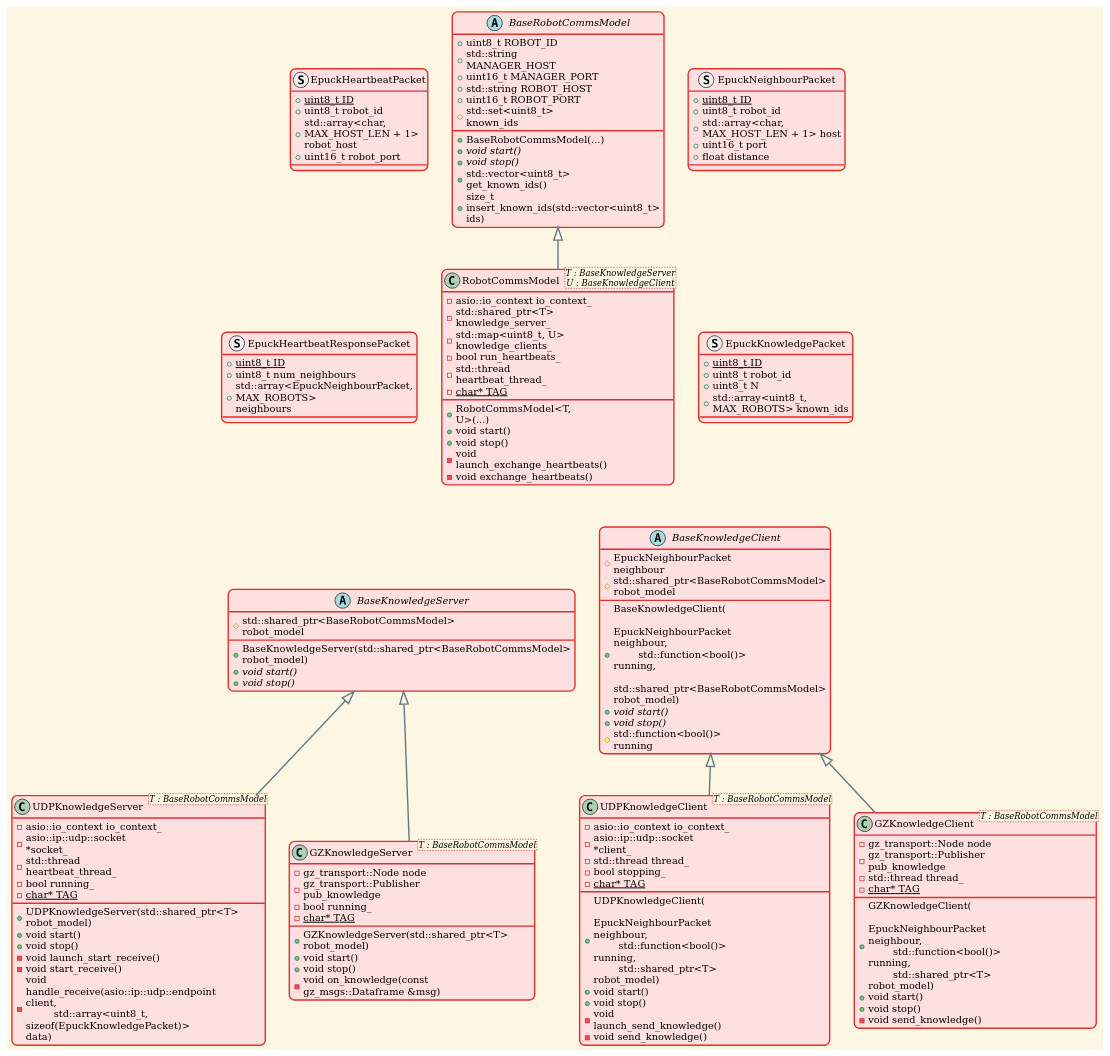
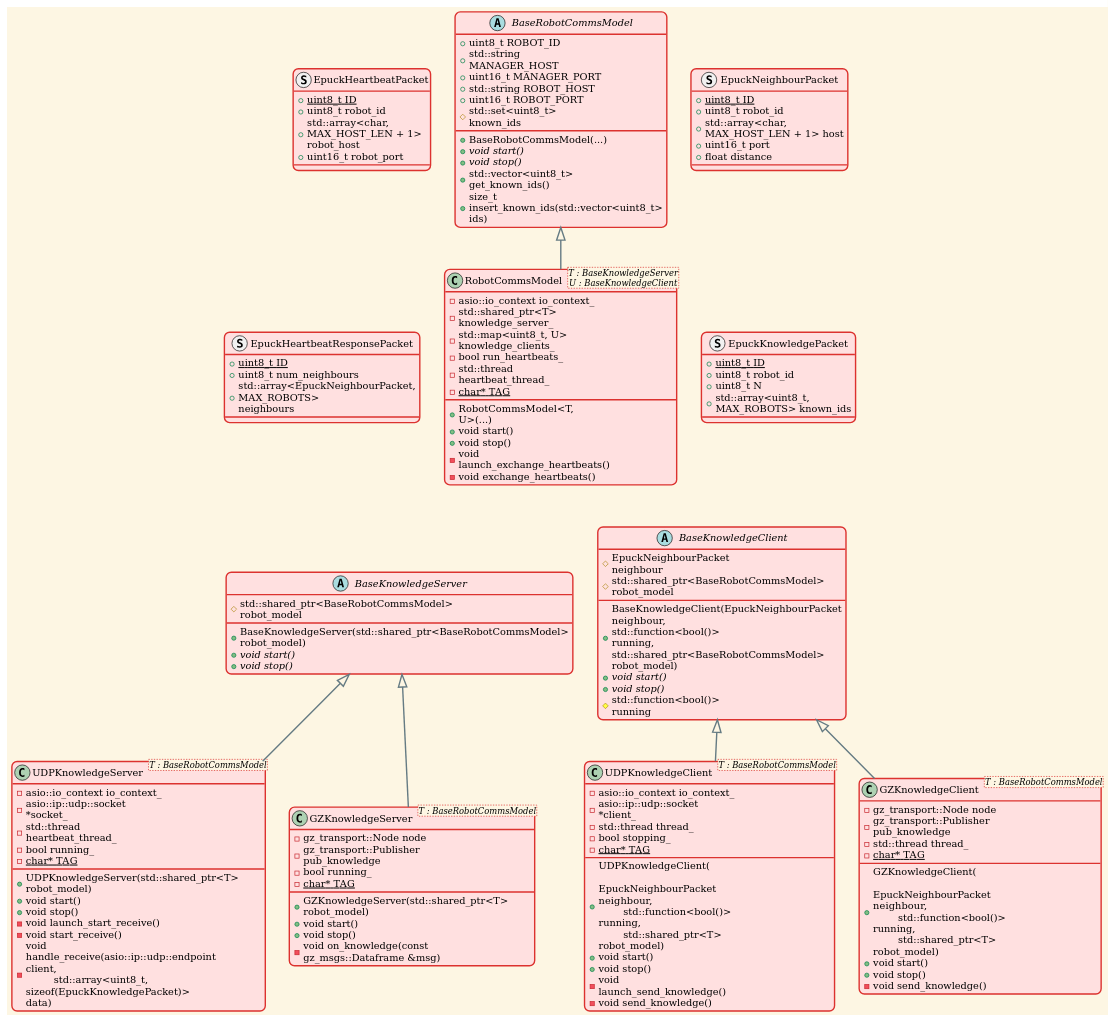
The diagram in ros_gz_lazy_agent_sim_applications/agent_local_comms_server/doc/comms_class.puml (eshjordan/lazy_agent_sim), drawn with PlantUML before and after one commit.

Commit message:
Fixed line break in BaseKnowledgeClient UML class

```diff
--- a/ros_gz_lazy_agent_sim_applications/agent_local_comms_server/doc/comms_class.puml
+++ b/ros_gz_lazy_agent_sim_applications/agent_local_comms_server/doc/comms_class.puml
@@ -1,146 +1,146 @@
 @startuml
 
 !theme sunlust
 
 abstract class BaseKnowledgeServer {
   + BaseKnowledgeServer(std::shared_ptr<BaseRobotCommsModel> robot_model)
   + {abstract} void start()
   + {abstract} void stop()
   # std::shared_ptr<BaseRobotCommsModel> robot_model
 }
 
 abstract class BaseKnowledgeClient {
-  + BaseKnowledgeClient(\n\tEpuckNeighbourPacket neighbour,\n\tstd::function<bool()> running,\n\tstd::shared_ptr<BaseRobotCommsModel> robot_model)
+  + BaseKnowledgeClient(EpuckNeighbourPacket neighbour, std::function<bool()> running, std::shared_ptr<BaseRobotCommsModel> robot_model)
   + {abstract} void start()
   + {abstract} void stop()
   # EpuckNeighbourPacket neighbour
   # std::function<bool()> running
   # std::shared_ptr<BaseRobotCommsModel> robot_model
 }
 
 abstract class BaseRobotCommsModel {
   + uint8_t ROBOT_ID
   + std::string MANAGER_HOST
   + uint16_t MANAGER_PORT
   + std::string ROBOT_HOST
   + uint16_t ROBOT_PORT
   # std::set<uint8_t> known_ids
 
   + BaseRobotCommsModel(...)
   + {abstract} void start()
   + {abstract} void stop()
   + std::vector<uint8_t> get_known_ids()
   + size_t insert_known_ids(std::vector<uint8_t> ids)
 }
 
 
 struct EpuckHeartbeatPacket {
   +{static} uint8_t ID
   +uint8_t robot_id
   +std::array<char, MAX_HOST_LEN + 1> robot_host
   +uint16_t robot_port
 }
 
 struct EpuckNeighbourPacket {
   +{static} uint8_t ID
   +uint8_t robot_id
   +std::array<char, MAX_HOST_LEN + 1> host
   +uint16_t port
   +float distance
 }
 
 struct EpuckHeartbeatResponsePacket {
   +{static} uint8_t ID
   +uint8_t num_neighbours
   +std::array<EpuckNeighbourPacket, MAX_ROBOTS> neighbours
 }
 
 struct EpuckKnowledgePacket {
   +{static} uint8_t ID
   +uint8_t robot_id
   +uint8_t N
   +std::array<uint8_t, MAX_ROBOTS> known_ids
 }
 
 
 class RobotCommsModel <T : BaseKnowledgeServer\nU : BaseKnowledgeClient> {
   + RobotCommsModel<T, U>(...)
   + void start()
   + void stop()
   - void launch_exchange_heartbeats()
   - void exchange_heartbeats()
   - asio::io_context io_context_
   - std::shared_ptr<T> knowledge_server_
   - std::map<uint8_t, U> knowledge_clients_
   - bool run_heartbeats_
   - std::thread heartbeat_thread_
   - {static} char* TAG
 }
 
 
 class UDPKnowledgeServer <T : BaseRobotCommsModel> {
   + UDPKnowledgeServer(std::shared_ptr<T> robot_model)
   + void start()
   + void stop()
   - void launch_start_receive()
   - void start_receive()
   - void handle_receive(asio::ip::udp::endpoint client,\n\t std::array<uint8_t, sizeof(EpuckKnowledgePacket)> data)
   - asio::io_context io_context_
   - asio::ip::udp::socket *socket_
   - std::thread heartbeat_thread_
   - bool running_
   - {static} char* TAG
 }
 
 class UDPKnowledgeClient <T : BaseRobotCommsModel> {
   + UDPKnowledgeClient(\n\tEpuckNeighbourPacket neighbour,\n\tstd::function<bool()> running,\n\tstd::shared_ptr<T> robot_model)
   + void start()
   + void stop()
   - void launch_send_knowledge()
   - void send_knowledge()
   - asio::io_context io_context_
   - asio::ip::udp::socket *client_
   - std::thread thread_
   - bool stopping_
   - {static} char* TAG
 }
 
 
 class GZKnowledgeServer <T : BaseRobotCommsModel> {
   + GZKnowledgeServer(std::shared_ptr<T> robot_model)
   + void start()
   + void stop()
   - void on_knowledge(const gz_msgs::Dataframe &msg)
   - gz_transport::Node node
   - gz_transport::Publisher pub_knowledge
   - bool running_
   - {static} char* TAG
 }
 
 class GZKnowledgeClient <T : BaseRobotCommsModel> {
   + GZKnowledgeClient(\n\tEpuckNeighbourPacket neighbour,\n\tstd::function<bool()> running,\n\tstd::shared_ptr<T> robot_model)
   + void start()
   + void stop()
   - void send_knowledge()
   - gz_transport::Node node
   - gz_transport::Publisher pub_knowledge
   - std::thread thread_
   - {static} char* TAG
 }
 
 
 BaseRobotCommsModel <|-- RobotCommsModel
 BaseKnowledgeServer <|-- UDPKnowledgeServer
 BaseKnowledgeClient <|-- UDPKnowledgeClient
 BaseKnowledgeServer <|-- GZKnowledgeServer
 BaseKnowledgeClient <|-- GZKnowledgeClient
 
 RobotCommsModel <|-[hidden]- BaseKnowledgeServer
 RobotCommsModel <|-[hidden]- BaseKnowledgeClient
 
 BaseRobotCommsModel -[hidden]left-> EpuckHeartbeatPacket
 RobotCommsModel -[hidden]left-> EpuckHeartbeatResponsePacket
 BaseRobotCommsModel -[hidden]right-> EpuckNeighbourPacket
 RobotCommsModel -[hidden]right-> EpuckKnowledgePacket
 
 @enduml
```
